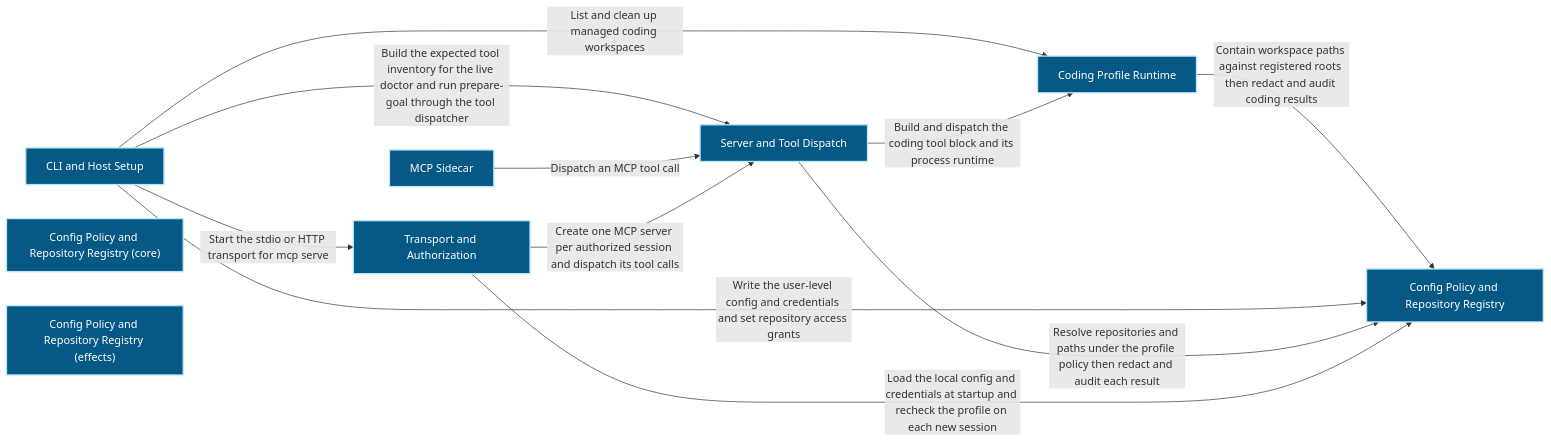
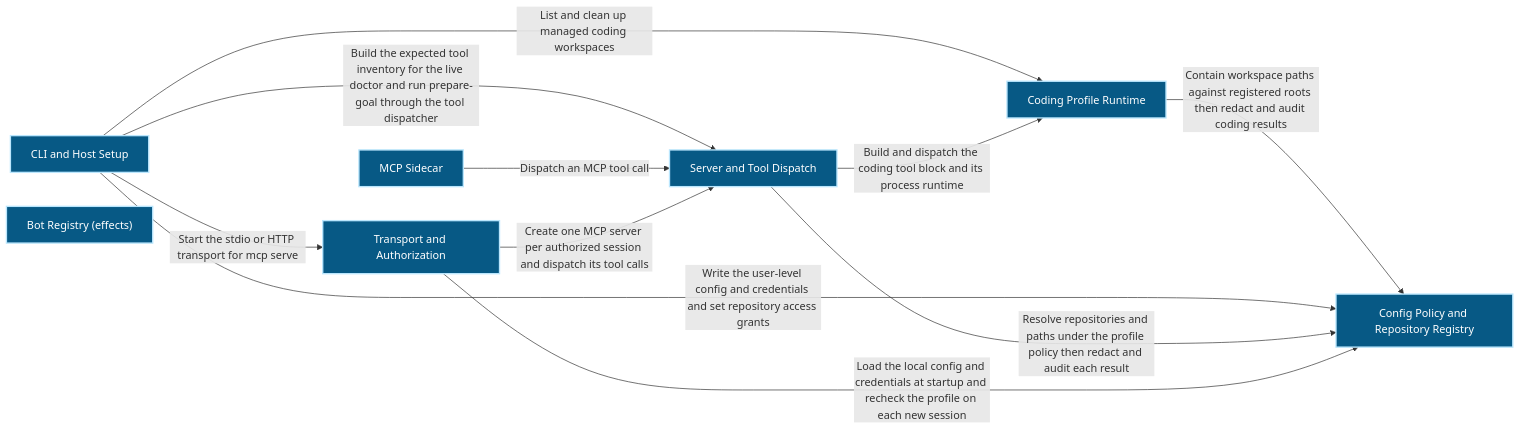
Before and after one commit to Ancienttwo/repo-harness: the first of 3 diagrams in docs/architecture/modules/runtime-harness/mcp-sidecar.md, drawn with Mermaid. The commit also changed other lines of this file and 14 other files, not shown here.

First line of the commit message:
chore(projection): refresh generated architecture outputs for main@6b8bfc5b17f5

````diff
--- a/docs/architecture/modules/runtime-harness/mcp-sidecar.md
+++ b/docs/architecture/modules/runtime-harness/mcp-sidecar.md
@@ -15,25 +15,24 @@
 ```mermaid
 flowchart LR
   p1_capability_runtime_harness_mcp_sidecar_4e12aaf3["MCP Sidecar"]:::component
   p1_component_mcp_sidecar_coding_profile_c04b21a1["Coding Profile Runtime"]:::component
   p1_component_mcp_sidecar_host_setup_a05a1958["CLI and Host Setup"]:::component
   p1_component_mcp_sidecar_primary_8f9b418c["Server and Tool Dispatch"]:::component
   p1_component_mcp_sidecar_repo_policy_registry_40f1ea26["Config Policy and Repository Registry"]:::component
-  p1_component_mcp_sidecar_repo_policy_registry_core_7c0f35d6["Config Policy and Repository Registry (core)"]:::component
-  p1_component_mcp_sidecar_repo_policy_registry_effects_6c93657b["Config Policy and Repository Registry (effects)"]:::component
+  p1_component_mcp_sidecar_repo_policy_registry_effects_6c93657b["Bot Registry (effects)"]:::component
   p1_component_mcp_sidecar_transport_auth_2511e63e["Transport and Authorization"]:::component
   p1_component_mcp_sidecar_coding_profile_c04b21a1 -->|"Contain workspace paths against registered roots then redact and audit coding results"| p1_component_mcp_sidecar_repo_policy_registry_40f1ea26
   p1_component_mcp_sidecar_host_setup_a05a1958 -->|"List and clean up managed coding workspaces"| p1_component_mcp_sidecar_coding_profile_c04b21a1
   p1_component_mcp_sidecar_host_setup_a05a1958 -->|"Build the expected tool inventory for the live doctor and run prepare-goal through the tool dispatcher"| p1_component_mcp_sidecar_primary_8f9b418c
   p1_component_mcp_sidecar_host_setup_a05a1958 -->|"Write the user-level config and credentials and set repository access grants"| p1_component_mcp_sidecar_repo_policy_registry_40f1ea26
   p1_component_mcp_sidecar_host_setup_a05a1958 -->|"Start the stdio or HTTP transport for mcp serve"| p1_component_mcp_sidecar_transport_auth_2511e63e
   p1_capability_runtime_harness_mcp_sidecar_4e12aaf3 -->|"Dispatch an MCP tool call"| p1_component_mcp_sidecar_primary_8f9b418c
   p1_component_mcp_sidecar_primary_8f9b418c -->|"Build and dispatch the coding tool block and its process runtime"| p1_component_mcp_sidecar_coding_profile_c04b21a1
   p1_component_mcp_sidecar_primary_8f9b418c -->|"Resolve repositories and paths under the profile policy then redact and audit each result"| p1_component_mcp_sidecar_repo_policy_registry_40f1ea26
   p1_component_mcp_sidecar_transport_auth_2511e63e -->|"Create one MCP server per authorized session and dispatch its tool calls"| p1_component_mcp_sidecar_primary_8f9b418c
   p1_component_mcp_sidecar_transport_auth_2511e63e -->|"Load the local config and credentials at startup and recheck the profile on each new session"| p1_component_mcp_sidecar_repo_policy_registry_40f1ea26
   classDef actor fill:#111827,color:#ffffff,stroke:#f9fafb,stroke-width:2px
   classDef component fill:#075985,color:#ffffff,stroke:#bae6fd,stroke-width:2px
   classDef datastore fill:#3f6212,color:#ffffff,stroke:#d9f99d,stroke-width:2px
   classDef external fill:#7c2d12,color:#ffffff,stroke:#fed7aa,stroke-width:2px
 ```
````
